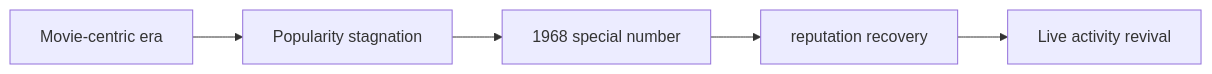
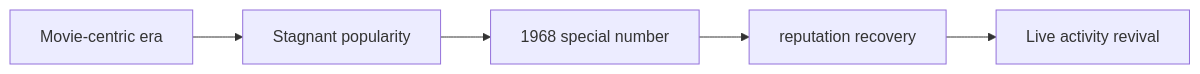
One commit to monumental-movement/monumental-movement.github.io changed the third of 4 diagrams in en/_posts/2026-06-25-column-elvis-presley.md. Above: the diagram before and after it, drawn with Mermaid. The commit also changed other lines of this file and 423 other files, not shown here.

```diff
--- a/en/_posts/2026-06-25-column-elvis-presley.md
+++ b/en/_posts/2026-06-25-column-elvis-presley.md
@@ -268,8 +268,8 @@
 <div class="mermaid">
 flowchart LR
 A[Movie-centric era]
---> B[Popularity stagnation]
+--> B[Stagnant popularity]
 --> C[1968 special number]
 --> D[reputation recovery]
 --> E[Live activity revival]
 </div>
```
